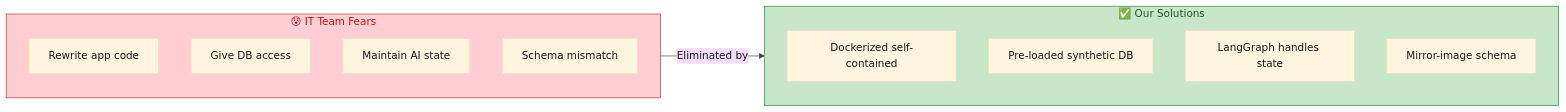
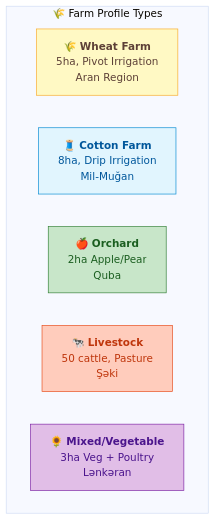
The eighth of 9 diagrams in docs/zekalab/02-SYNTHETIC-DATA-ENGINE.md (Px8Studio/yonja), drawn with Mermaid before and after one commit. The commit also changed other lines of this file and 3 other files, not shown here.

````diff
--- a/docs/zekalab/02-SYNTHETIC-DATA-ENGINE.md
+++ b/docs/zekalab/02-SYNTHETIC-DATA-ENGINE.md
@@ -416,22 +298,17 @@
 ```mermaid
 %%{init: {'theme': 'base', 'themeVariables': { 'primaryTextColor': '#1a1a1a', 'lineColor': '#424242'}}}%%
-graph LR
-    subgraph fears["😰 IT Team Fears"]
-        rewrite["Rewrite app code"]
-        access["Give DB access"]
-        maintain["Maintain AI state"]
-        mismatch["Schema mismatch"]
+graph TB
+    subgraph farms["🌾 Farm Profile Types"]
+        wheat["🌾 <b>Wheat Farm</b><br/>5ha, Pivot Irrigation<br/>Aran Region"]
+        cotton["🧵 <b>Cotton Farm</b><br/>8ha, Drip Irrigation<br/>Mil-Muğan"]
+        orchard["🍎 <b>Orchard</b><br/>2ha Apple/Pear<br/>Quba"]
+        livestock["🐄 <b>Livestock</b><br/>50 cattle, Pasture<br/>Şəki"]
+        mixed["🌻 <b>Mixed/Vegetable</b><br/>3ha Veg + Poultry<br/>Lənkəran"]
     end
     
-    subgraph solutions["✅ Our Solutions"]
-        docker["Dockerized self-contained"]
-        synthetic["Pre-loaded synthetic DB"]
-        stateless["LangGraph handles state"]
-        mirror["Mirror-image schema"]
-    end
-    
-    fears -->|"Eliminated by"| solutions
-    
-    style fears fill:#ffcdd2,stroke:#c62828,color:#b71c1c
-    style solutions fill:#c8e6c9,stroke:#2e7d32,color:#1b5e20
+    style wheat fill:#fff9c4,stroke:#f9a825,color:#5d4037
+    style cotton fill:#e1f5fe,stroke:#0288d1,color:#01579b
+    style orchard fill:#c8e6c9,stroke:#2e7d32,color:#1b5e20
+    style livestock fill:#ffccbc,stroke:#e64a19,color:#bf360c
+    style mixed fill:#e1bee7,stroke:#7b1fa2,color:#4a148c
 ```
````
